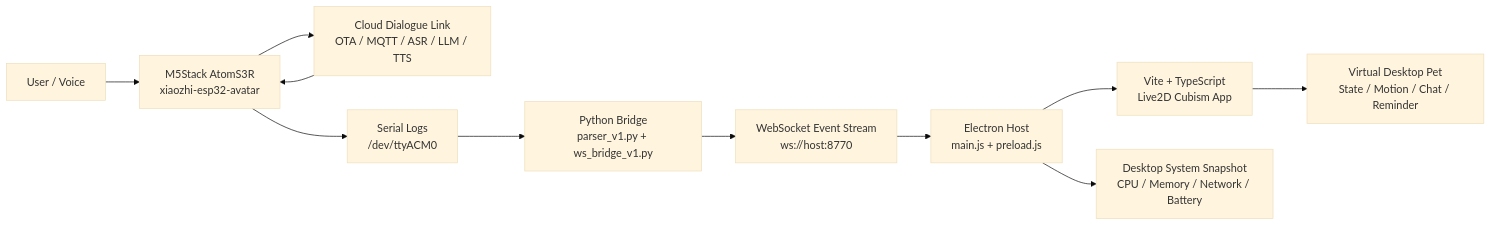
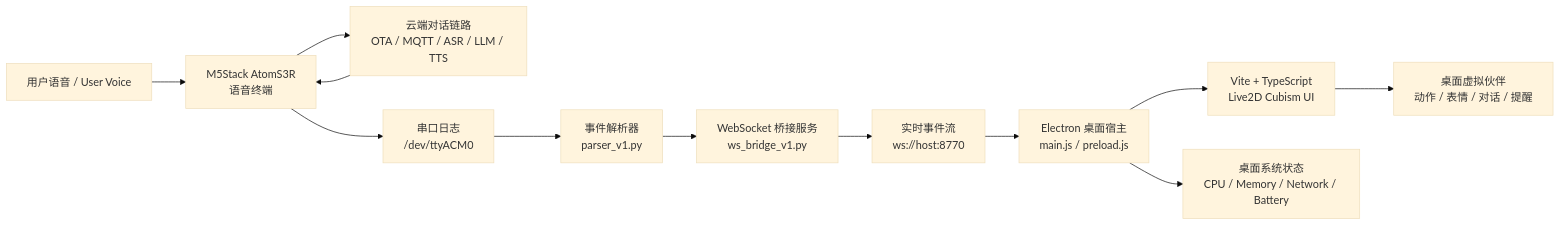
The first of 2 diagrams in README.md (KISSSHOT-KAKA/ENT208TC_Assistant), drawn with Mermaid (base theme) before and after one commit. The commit also changed other lines of this file, not shown here.

````diff
--- a/README.md
+++ b/README.md
@@ -22,13 +54,14 @@
 ```mermaid
 flowchart LR
-  User["User / Voice"] --> Device["M5Stack AtomS3R<br/>xiaozhi-esp32-avatar"]
-  Device --> Cloud["Cloud Dialogue Link<br/>OTA / MQTT / ASR / LLM / TTS"]
+  User["用户语音 / User Voice"] --> Device["M5Stack AtomS3R<br/>语音终端"]
+  Device --> Cloud["云端对话链路<br/>OTA / MQTT / ASR / LLM / TTS"]
   Cloud --> Device
-  Device --> Serial["Serial Logs<br/>/dev/ttyACM0"]
-  Serial --> Bridge["Python Bridge<br/>parser_v1.py + ws_bridge_v1.py"]
-  Bridge --> WS["WebSocket Event Stream<br/>ws://host:8770"]
-  WS --> Electron["Electron Host<br/>main.js + preload.js"]
-  Electron --> Cubism["Vite + TypeScript<br/>Live2D Cubism App"]
-  Electron --> System["Desktop System Snapshot<br/>CPU / Memory / Network / Battery"]
-  Cubism --> Pet["Virtual Desktop Pet<br/>State / Motion / Chat / Reminder"]
+  Device --> Serial["串口日志<br/>/dev/ttyACM0"]
+  Serial --> Parser["事件解析器<br/>parser_v1.py"]
+  Parser --> Bridge["WebSocket 桥接服务<br/>ws_bridge_v1.py"]
+  Bridge --> Stream["实时事件流<br/>ws://host:8770"]
+  Stream --> Electron["Electron 桌面宿主<br/>main.js / preload.js"]
+  Electron --> Cubism["Vite + TypeScript<br/>Live2D Cubism UI"]
+  Electron --> Desktop["桌面系统状态<br/>CPU / Memory / Network / Battery"]
+  Cubism --> Pet["桌面虚拟伙伴<br/>动作 / 表情 / 对话 / 提醒"]
 ```
````
